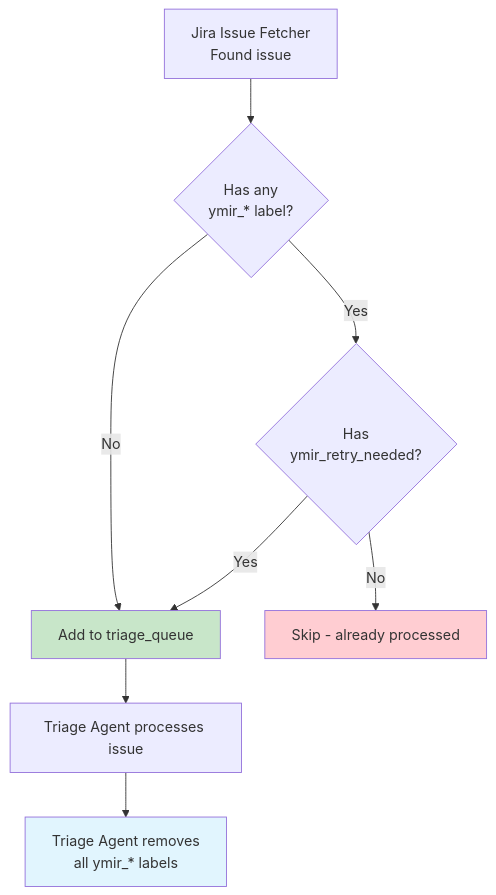
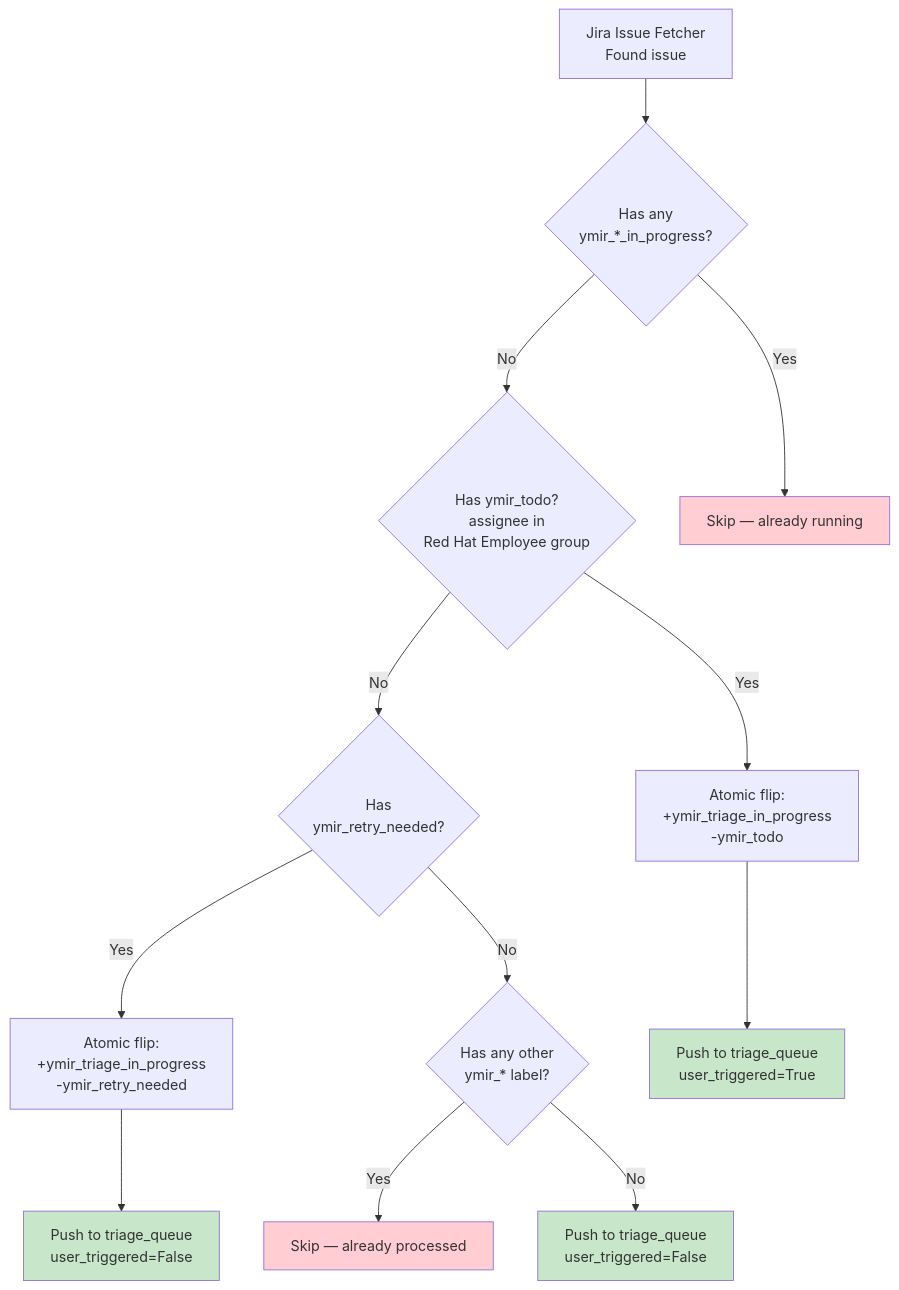
One commit to packit/ai-workflows changed the third of 3 diagrams in jira_label_workflow_routing.md. Above: the diagram before and after it, drawn with Mermaid. The commit also changed other lines of this file and 10 other files, not shown here.

````diff
--- a/jira_label_workflow_routing.md
+++ b/jira_label_workflow_routing.md
@@ -119,19 +119,27 @@
 ```mermaid
 flowchart TD
     START[Jira Issue Fetcher<br/>Found issue]
-    CHECK{Has any<br/>ymir_* label?}
+    INPROG{Has any<br/>ymir_*_in_progress?}
+    TODO{Has ymir_todo?<br/>assignee in<br/>Red Hat Employee group}
     RETRY{Has<br/>ymir_retry_needed?}
+    OTHER{Has any other<br/>ymir_* label?}
 
-    START --> CHECK
-    CHECK -->|No| ADD[Add to triage_queue]
-    CHECK -->|Yes| RETRY
-    RETRY -->|Yes| ADD
-    RETRY -->|No| SKIP[Skip - already processed]
+    START --> INPROG
+    INPROG -->|Yes| SKIP_RUN[Skip — already running]
+    INPROG -->|No| TODO
+    TODO -->|Yes| FLIP_TODO[Atomic flip:<br/>+ymir_triage_in_progress<br/>-ymir_todo]
+    TODO -->|No| RETRY
+    RETRY -->|Yes| FLIP_RETRY[Atomic flip:<br/>+ymir_triage_in_progress<br/>-ymir_retry_needed]
+    RETRY -->|No| OTHER
+    OTHER -->|Yes| SKIP_DONE[Skip — already processed]
+    OTHER -->|No| PUSH_FRESH[Push to triage_queue<br/>user_triggered=False]
 
-    ADD --> TRIAGE_PROCESS[Triage Agent processes issue]
-    TRIAGE_PROCESS --> CLEANUP[Triage Agent removes<br/>all ymir_* labels]
+    FLIP_TODO --> PUSH_USER[Push to triage_queue<br/>user_triggered=True]
+    FLIP_RETRY --> PUSH_RETRY[Push to triage_queue<br/>user_triggered=False]
 
-    style ADD fill:#c8e6c9
-    style SKIP fill:#ffcdd2
-    style CLEANUP fill:#e1f5fe
+    style PUSH_FRESH fill:#c8e6c9
+    style PUSH_USER fill:#c8e6c9
+    style PUSH_RETRY fill:#c8e6c9
+    style SKIP_RUN fill:#ffcdd2
+    style SKIP_DONE fill:#ffcdd2
 ```
````
